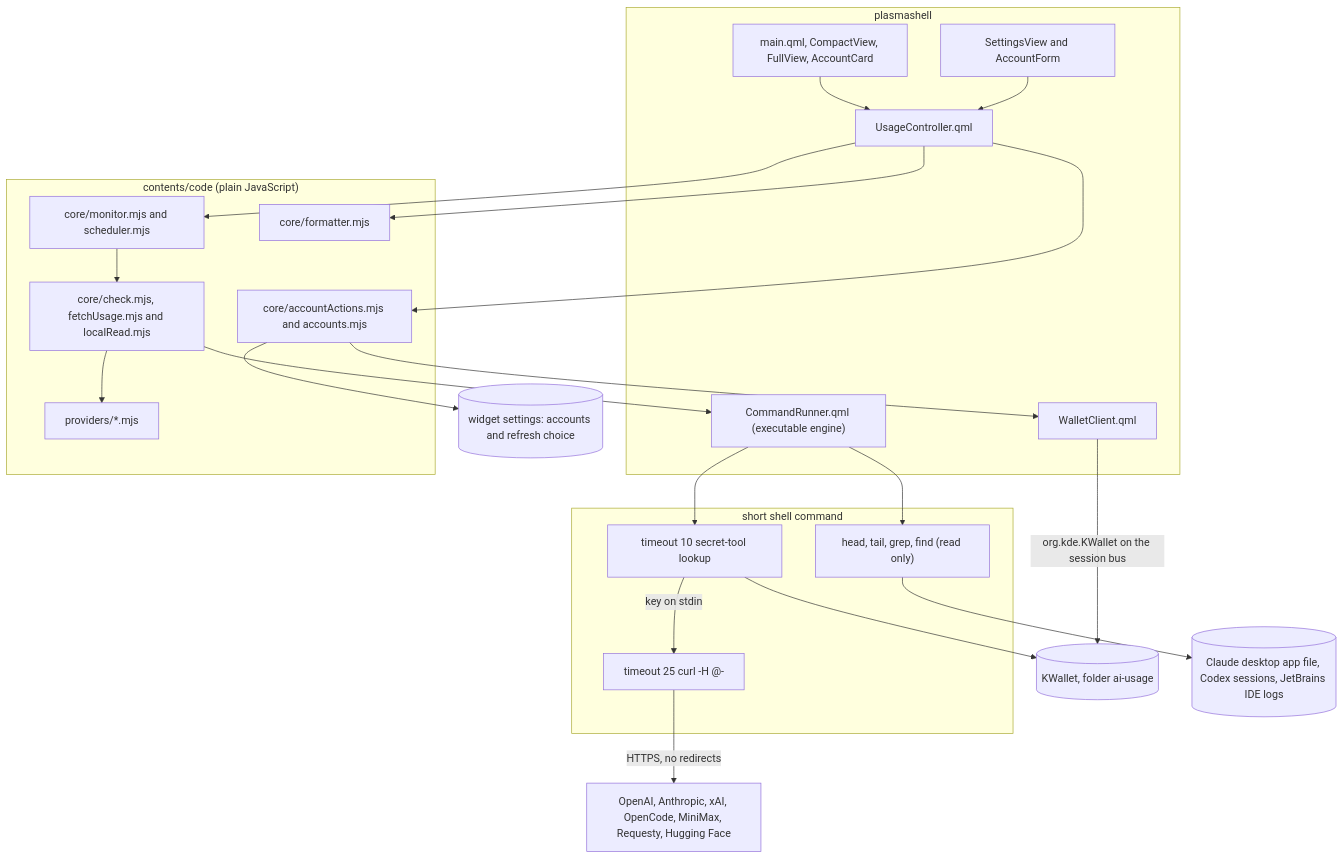
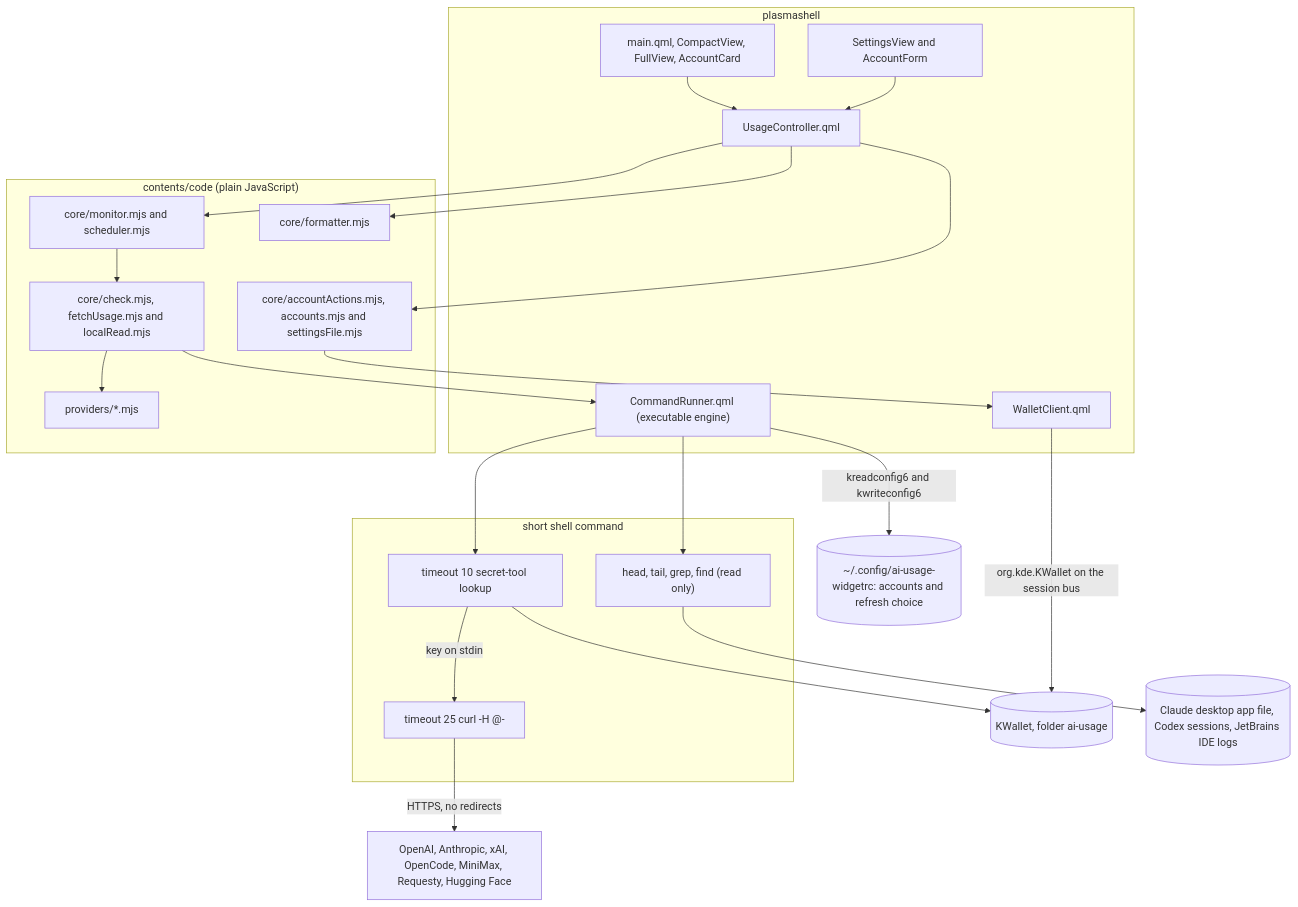
The first of 2 diagrams in README.md (Lukk17/ai-usage-widget), drawn with Mermaid before and after one commit. The commit also changed other lines of this file and 15 other files, not shown here.

Commit message:
Keep accounts in the widget's own settings file

````diff
--- a/README.md
+++ b/README.md
@@ -87,45 +89,45 @@
 ```mermaid
 graph TB
   accTitle: AI Usage widget architecture
-  accDescr: The QML views bind to plain JavaScript modules. The settings view saves keys in KWallet over D-Bus and stores accounts in the widget settings. The monitor runs one shell command per check through the executable engine. A remote check reads the key with secret-tool and pipes it into curl. A local check reads one file of the Claude desktop app, Codex or a JetBrains IDE.
+  accDescr: The QML views bind to plain JavaScript modules. The settings view saves keys in KWallet over D-Bus. The controller keeps the accounts in the widget's own settings file through kreadconfig6 and kwriteconfig6. The monitor runs one shell command per check through the executable engine. A remote check reads the key with secret-tool and pipes it into curl. A local check reads one file of the Claude desktop app, Codex or a JetBrains IDE.
   subgraph Plasma["plasmashell"]
     Views["main.qml, CompactView, FullView, AccountCard"]
     Settings["SettingsView and AccountForm"]
     Controller["UsageController.qml"]
     Runner["CommandRunner.qml (executable engine)"]
     WalletClient["WalletClient.qml"]
   end
   subgraph Core["contents/code (plain JavaScript)"]
     Monitor["core/monitor.mjs and scheduler.mjs"]
-    Actions["core/accountActions.mjs and accounts.mjs"]
+    Actions["core/accountActions.mjs, accounts.mjs and settingsFile.mjs"]
     Check["core/check.mjs, fetchUsage.mjs and localRead.mjs"]
     Providers["providers/*.mjs"]
     Formatter["core/formatter.mjs"]
   end
   subgraph Shell["short shell command"]
     Lookup["timeout 10 secret-tool lookup"]
     Fetch["timeout 25 curl -H @-"]
     Read["head, tail, grep, find (read only)"]
   end
   Wallet[("KWallet, folder ai-usage")]
-  Config[("widget settings: accounts and refresh choice")]
+  Config[("~/.config/ai-usage-widgetrc: accounts and refresh choice")]
   Services["OpenAI, Anthropic, xAI, OpenCode, MiniMax, Requesty, Hugging Face"]
   Files[("Claude desktop app file, Codex sessions, JetBrains IDE logs")]
   Views --> Controller
   Settings --> Controller
   Controller --> Monitor
   Controller --> Actions
   Controller --> Formatter
   Actions --> WalletClient
-  Actions --> Config
   Monitor --> Check
   Check --> Providers
   Check --> Runner
   Runner --> Lookup
   Lookup --> Wallet
   Lookup -->|key on stdin| Fetch
   Fetch -->|HTTPS, no redirects| Services
   Runner --> Read
+  Runner -->|kreadconfig6 and kwriteconfig6| Config
   Read --> Files
   WalletClient -->|org.kde.KWallet on the session bus| Wallet
 ```
````
